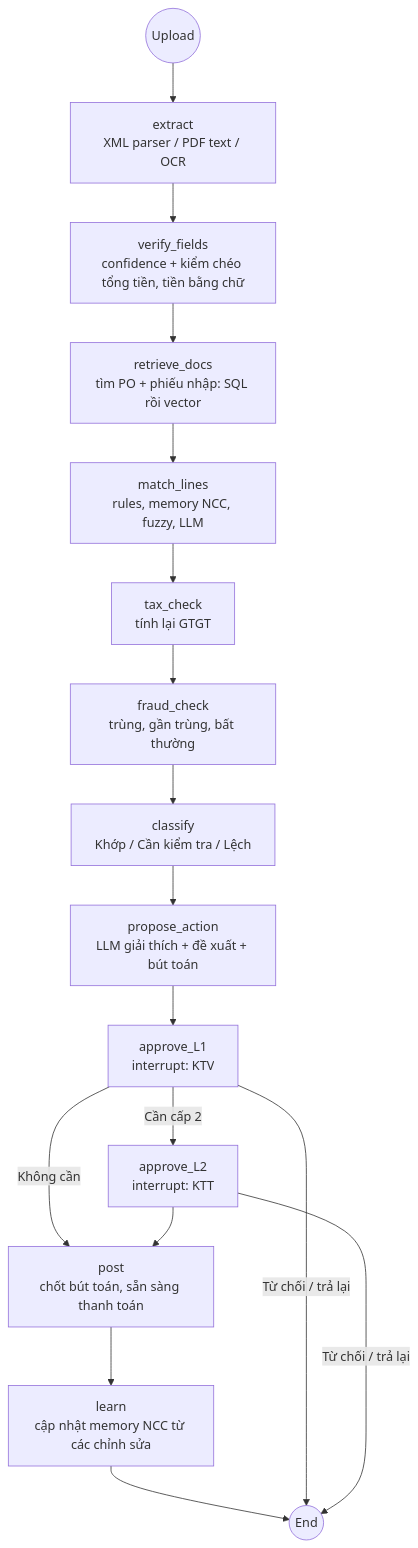
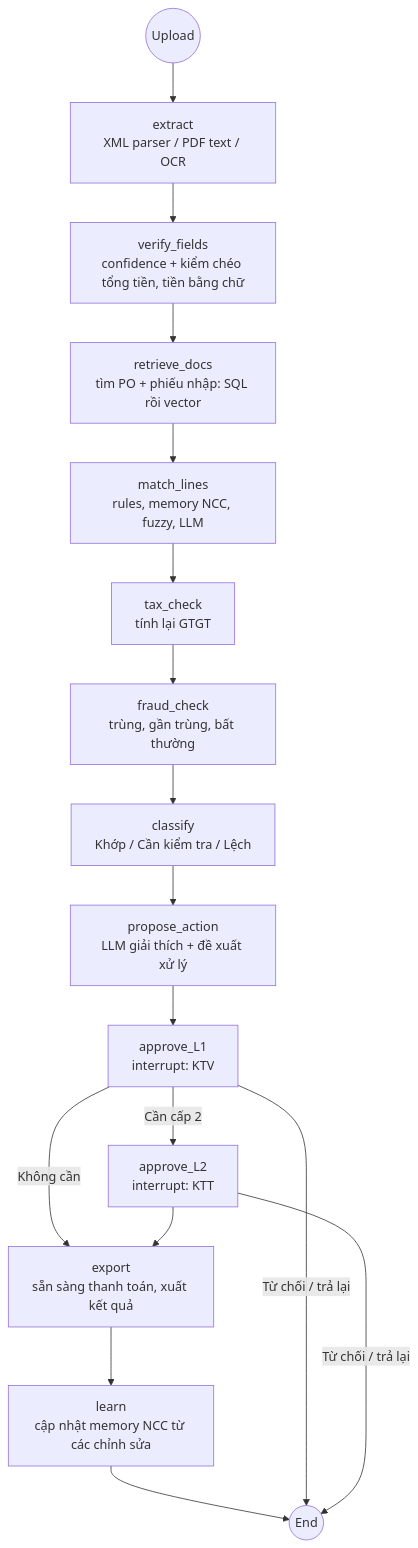
The first of 2 diagrams in docs/BRIEF_v3.md (kamitoznguyen-collab/Fantastic4-BuildPhase), drawn with Mermaid before and after one commit. The commit also changed other lines of this file and 7 other files, not shown here.

````diff
--- a/docs/BRIEF_v3.md
+++ b/docs/BRIEF_v3.md
@@ -158,19 +158,19 @@
 ```mermaid
 graph TD
     START((Upload)) --> extract[extract<br/>XML parser / PDF text / OCR]
     extract --> verify[verify_fields<br/>confidence + kiểm chéo tổng tiền, tiền bằng chữ]
     verify --> retrieve[retrieve_docs<br/>tìm PO + phiếu nhập: SQL rồi vector]
     retrieve --> match[match_lines<br/>rules, memory NCC, fuzzy, LLM]
     match --> tax[tax_check<br/>tính lại GTGT]
     tax --> fraud[fraud_check<br/>trùng, gần trùng, bất thường]
     fraud --> classify[classify<br/>Khớp / Cần kiểm tra / Lệch]
-    classify --> propose[propose_action<br/>LLM giải thích + đề xuất + bút toán]
+    classify --> propose[propose_action<br/>LLM giải thích + đề xuất xử lý]
     propose --> l1[approve_L1<br/>interrupt: KTV]
     l1 -->|Cần cấp 2| l2[approve_L2<br/>interrupt: KTT]
     l1 -->|Không cần| post
-    l2 --> post[post<br/>chốt bút toán, sẵn sàng thanh toán]
+    l2 --> post[export<br/>sẵn sàng thanh toán, xuất kết quả]
     post --> learn[learn<br/>cập nhật memory NCC từ các chỉnh sửa]
     learn --> END((End))
     l1 -->|Từ chối / trả lại| END
     l2 -->|Từ chối / trả lại| END
 ```
````
